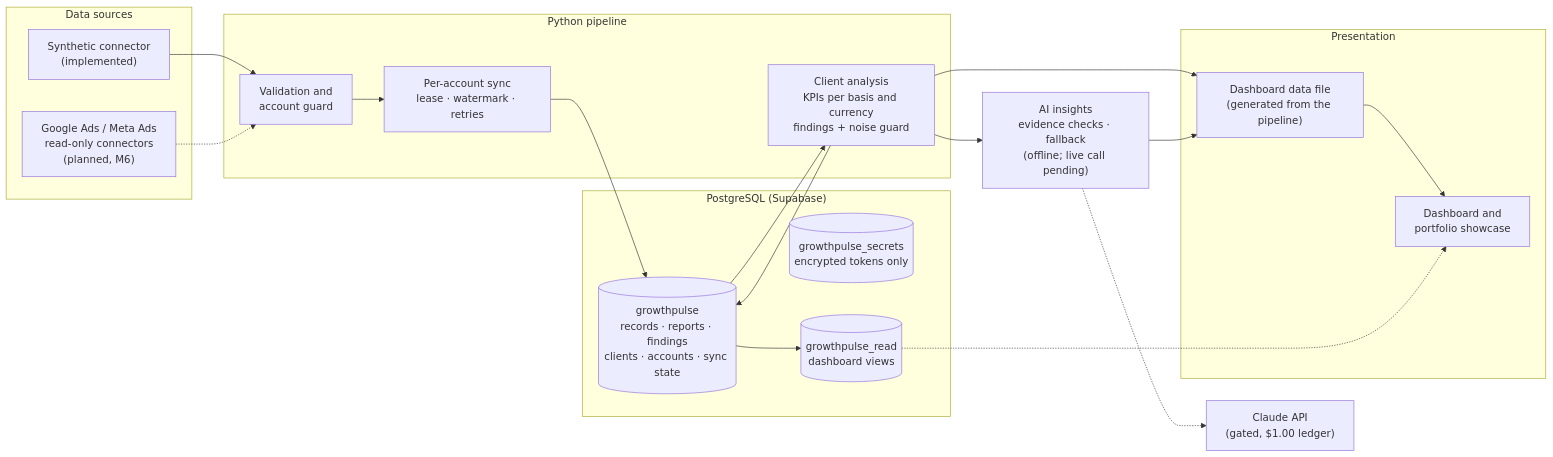
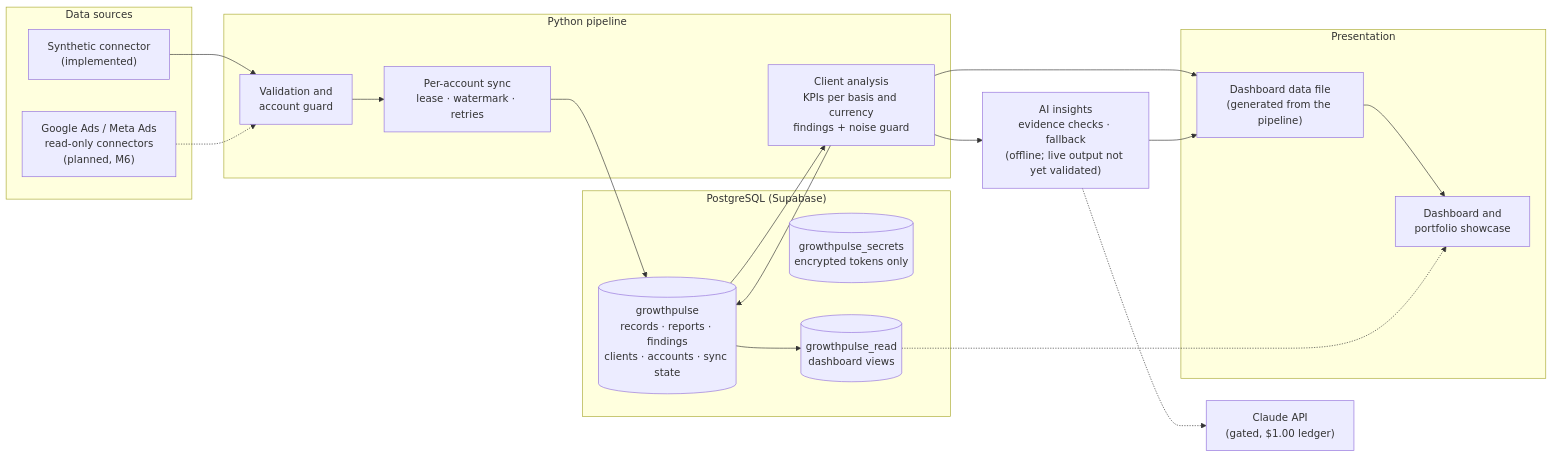
The diagram in README.md (yahya-dev97/growthpulse-ai), drawn with Mermaid before and after one commit. The commit also changed other lines of this file and 18 other files, not shown here.

````diff
--- a/README.md
+++ b/README.md
@@ -45,33 +45,33 @@
 ```mermaid
 flowchart LR
     subgraph Sources["Data sources"]
         SYN["Synthetic connector<br/>(implemented)"]
         LIVE["Google Ads / Meta Ads<br/>read-only connectors<br/>(planned, M6)"]
     end
     subgraph Pipeline["Python pipeline"]
         VAL["Validation and<br/>account guard"]
         SYNC["Per-account sync<br/>lease · watermark · retries"]
         AN["Client analysis<br/>KPIs per basis and currency<br/>findings + noise guard"]
     end
     subgraph DB["PostgreSQL (Supabase)"]
         TBL[("growthpulse<br/>records · reports · findings<br/>clients · accounts · sync state")]
         SEC[("growthpulse_secrets<br/>encrypted tokens only")]
         VIEWS[("growthpulse_read<br/>dashboard views")]
     end
     subgraph UI["Presentation"]
         FIX["Dashboard data file<br/>(generated from the pipeline)"]
         DASH["Dashboard and<br/>portfolio showcase"]
     end
-    AI["AI insights<br/>evidence checks · fallback<br/>(offline; live call pending)"]
+    AI["AI insights<br/>evidence checks · fallback<br/>(offline; live output not yet validated)"]
     CL["Claude API<br/>(gated, $1.00 ledger)"]
 
     SYN --> VAL
     LIVE -.-> VAL
     VAL --> SYNC --> TBL
     TBL --> AN --> TBL
     TBL --> VIEWS
     AN --> FIX --> DASH
     VIEWS -.-> DASH
     AN --> AI --> FIX
     AI -.-> CL
 ```
````
